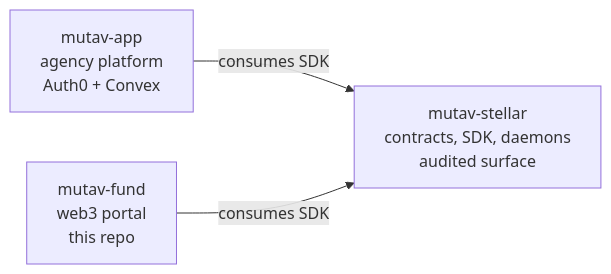
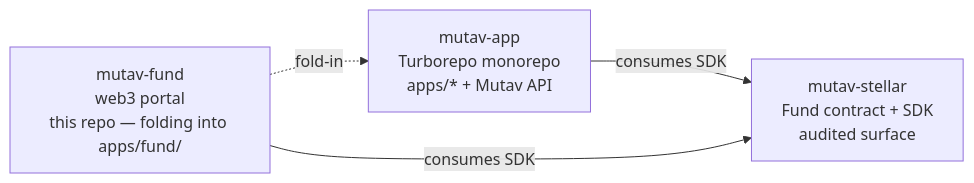
Before and after one commit to mutav-finance/mutav-fund: the diagram in README.md, drawn with Mermaid. The commit also changed other lines of this file and 1 other file, not shown here.

First line of the commit message:
docs: add soft-deprecation banner per mutav-stellar#57 (#12)

````diff
--- a/README.md
+++ b/README.md
@@ -31,8 +33,9 @@
 ```mermaid
 flowchart LR
-  STL[mutav-stellar<br/>contracts, SDK, daemons<br/>audited surface]
-  APP[mutav-app<br/>agency platform<br/>Auth0 + Convex]
-  FUND[mutav-fund<br/>web3 portal<br/>this repo]
+  STL[mutav-stellar<br/>Fund contract + SDK<br/>audited surface]
+  APP[mutav-app<br/>Turborepo monorepo<br/>apps/* + Mutav API]
+  FUND[mutav-fund<br/>web3 portal<br/>this repo — folding into apps/fund/]
   APP -->|consumes SDK| STL
   FUND -->|consumes SDK| STL
+  FUND -.fold-in.-> APP
 ```
````
